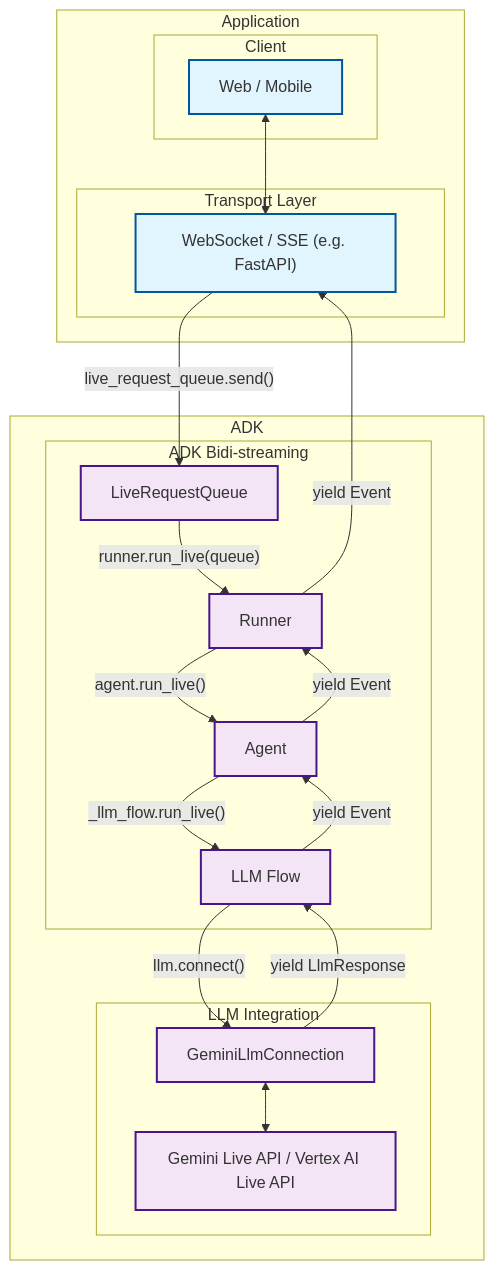
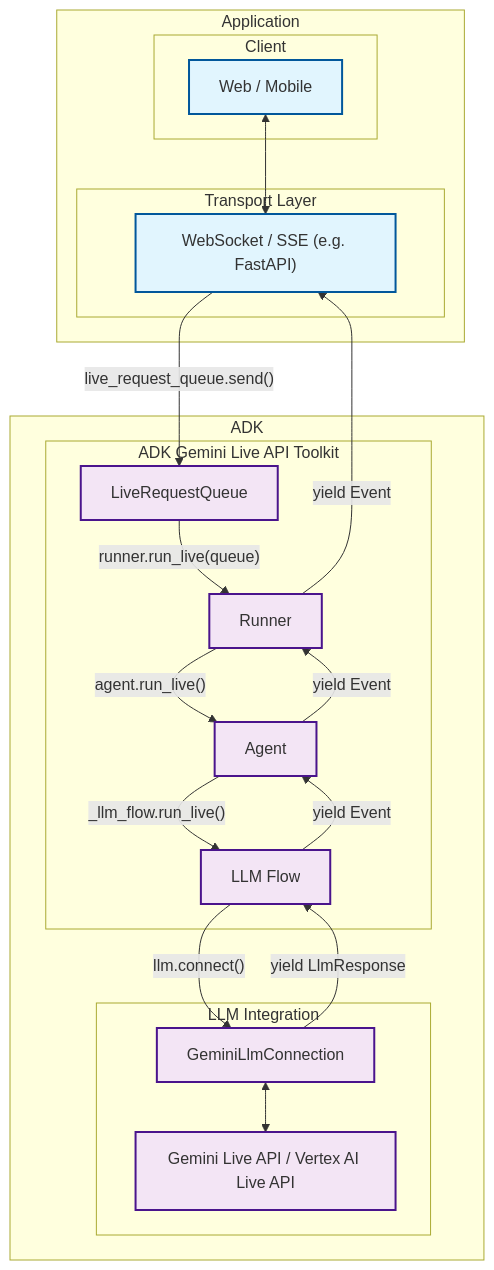
One commit to google/adk-docs changed the second of 4 diagrams in docs/streaming/dev-guide/part1.md. Above: the diagram before and after it, drawn with Mermaid. The commit also changed other lines of this file and 5 other files, not shown here.

First line of the commit message:
fix: change the tool name from ADK Bidi-streaming to ADK Gemini Live API Toolkit

````diff
--- a/docs/streaming/dev-guide/part1.md
+++ b/docs/streaming/dev-guide/part1.md
@@ -258,44 +258,44 @@
 ```mermaid
 graph TB
     subgraph "Application"
         subgraph "Client"
             C1["Web / Mobile"]
         end
 
         subgraph "Transport Layer"
             T1["WebSocket / SSE (e.g. FastAPI)"]
         end
     end
 
     subgraph "ADK"
-        subgraph "ADK Bidi-streaming"
+        subgraph "ADK Gemini Live API Toolkit"
             L1[LiveRequestQueue]
             L2[Runner]
             L3[Agent]
             L4[LLM Flow]
         end
 
         subgraph "LLM Integration"
             G1[GeminiLlmConnection]
             G2[Gemini Live API / Vertex AI Live API]
         end
     end
 
     C1 <--> T1
     T1 -->|"live_request_queue.send()"| L1
     L1 -->|"runner.run_live(queue)"| L2
     L2 -->|"agent.run_live()"| L3
     L3 -->|"_llm_flow.run_live()"| L4
     L4 -->|"llm.connect()"| G1
     G1 <--> G2
     G1 -->|"yield LlmResponse"| L4
     L4 -->|"yield Event"| L3
     L3 -->|"yield Event"| L2
     L2 -->|"yield Event"| T1
 
     classDef external fill:#e1f5fe,stroke:#01579b,stroke-width:2px
     classDef adk fill:#f3e5f5,stroke:#4a148c,stroke-width:2px
 
     class C1,T1 external
     class L1,L2,L3,L4,G1,G2 adk
 ```
````
